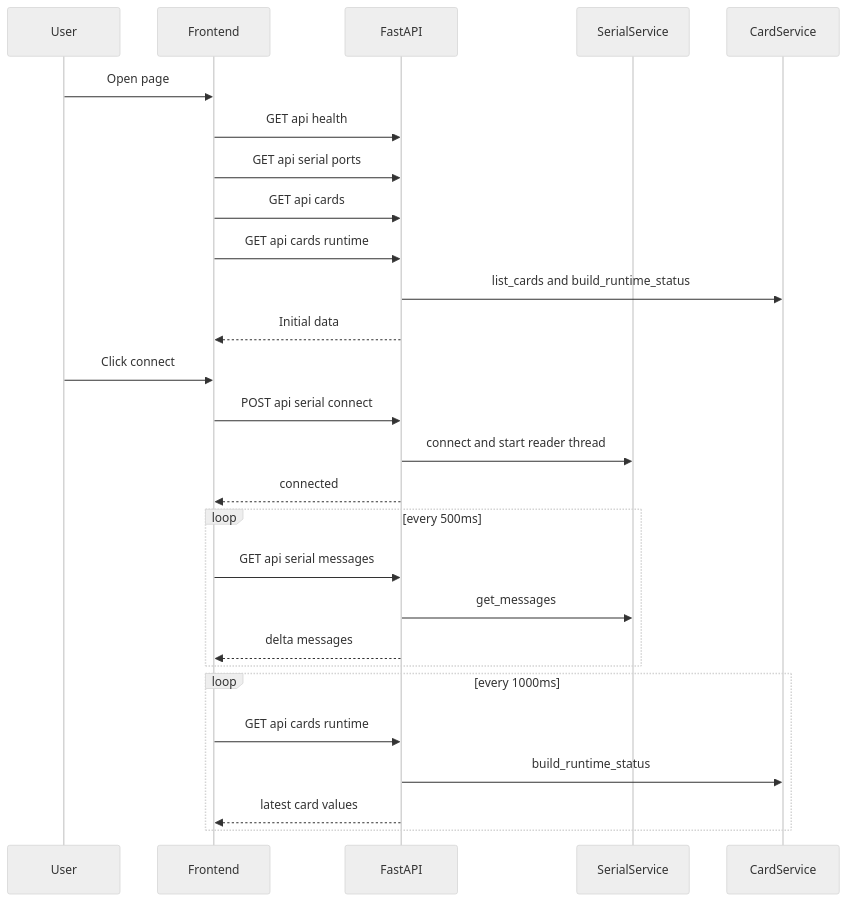
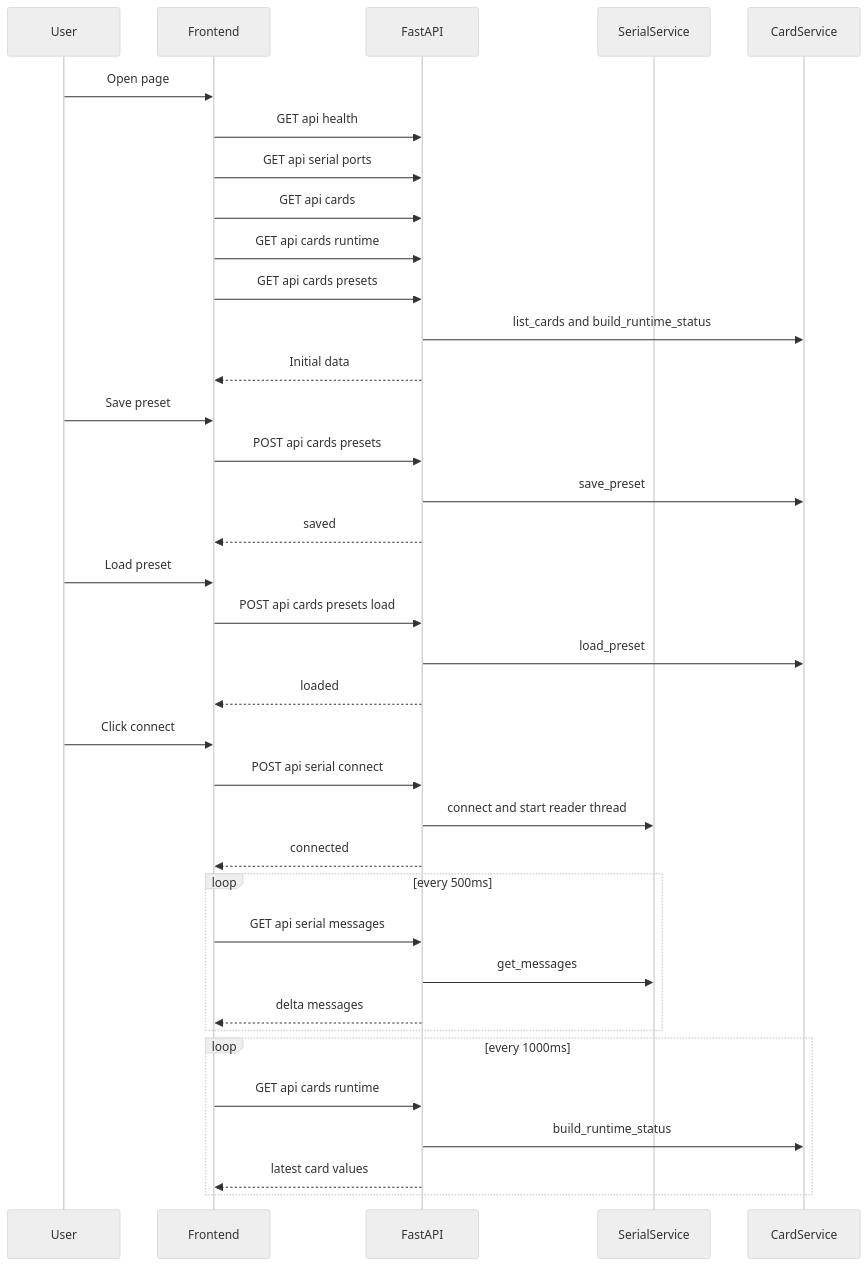
One commit to neo-embbed/neo-uart changed the fifth of 5 diagrams in docs/system_flowchart.md. Above: the diagram before and after it, drawn with Mermaid (neutral theme). The commit also changed other lines of this file and 1 other file, not shown here.

Commit message:
docs:更新README与系统流程图

````diff
--- a/docs/system_flowchart.md
+++ b/docs/system_flowchart.md
@@ -110,33 +113,44 @@
 ```mermaid
 sequenceDiagram
     participant U as User
     participant FE as Frontend
     participant API as FastAPI
     participant SS as SerialService
     participant CS as CardService
 
     U->>FE: Open page
     FE->>API: GET api health
     FE->>API: GET api serial ports
     FE->>API: GET api cards
     FE->>API: GET api cards runtime
+    FE->>API: GET api cards presets
     API->>CS: list_cards and build_runtime_status
     API-->>FE: Initial data
+
+    U->>FE: Save preset
+    FE->>API: POST api cards presets
+    API->>CS: save_preset
+    API-->>FE: saved
+
+    U->>FE: Load preset
+    FE->>API: POST api cards presets load
+    API->>CS: load_preset
+    API-->>FE: loaded
 
     U->>FE: Click connect
     FE->>API: POST api serial connect
     API->>SS: connect and start reader thread
     API-->>FE: connected
 
     loop every 500ms
         FE->>API: GET api serial messages
         API->>SS: get_messages
         API-->>FE: delta messages
     end
 
     loop every 1000ms
         FE->>API: GET api cards runtime
         API->>CS: build_runtime_status
         API-->>FE: latest card values
     end
 ```
````
